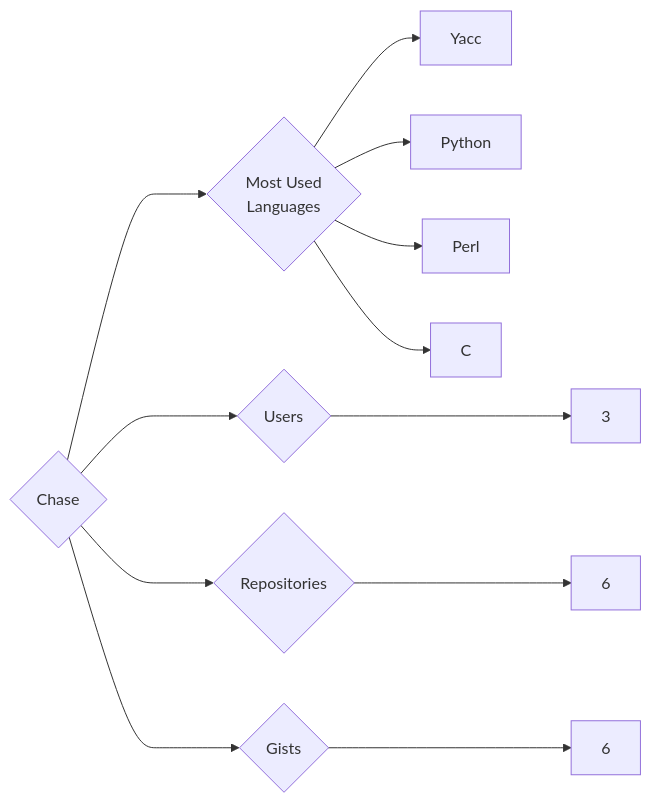
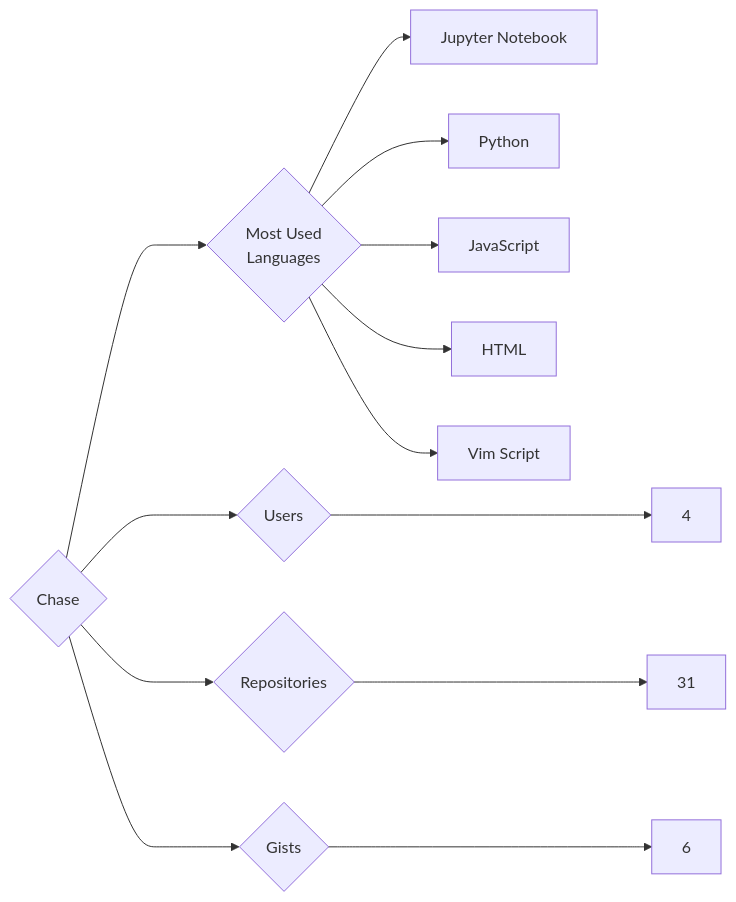
The diagram in targets/Chase/README.md (trickest/insiders), drawn with Mermaid before and after one commit. The commit also changed 1123 other files, not shown here.

````diff
--- a/targets/Chase/README.md
+++ b/targets/Chase/README.md
@@ -3,12 +3,13 @@
 ```mermaid
 graph LR
 COMPANY_NAME{Chase}
-COMPANY_NAME ---> U{Users} ---> UN[3]
-COMPANY_NAME ---> R{Repositories} ---> RN[6]
+COMPANY_NAME ---> U{Users} ---> UN[4]
+COMPANY_NAME ---> R{Repositories} ---> RN[31]
 COMPANY_NAME ---> G{Gists} ---> GN[6]
 COMPANY_NAME ---> ML{Most Used<br>Languages}
-ML --> Yacc[Yacc]
+ML --> Jupyter_Notebook[Jupyter Notebook]
 ML --> Python[Python]
-ML --> Perl[Perl]
-ML --> C[C]
+ML --> JavaScript[JavaScript]
+ML --> HTML[HTML]
+ML --> Vim_Script[Vim Script]
 ```
````
